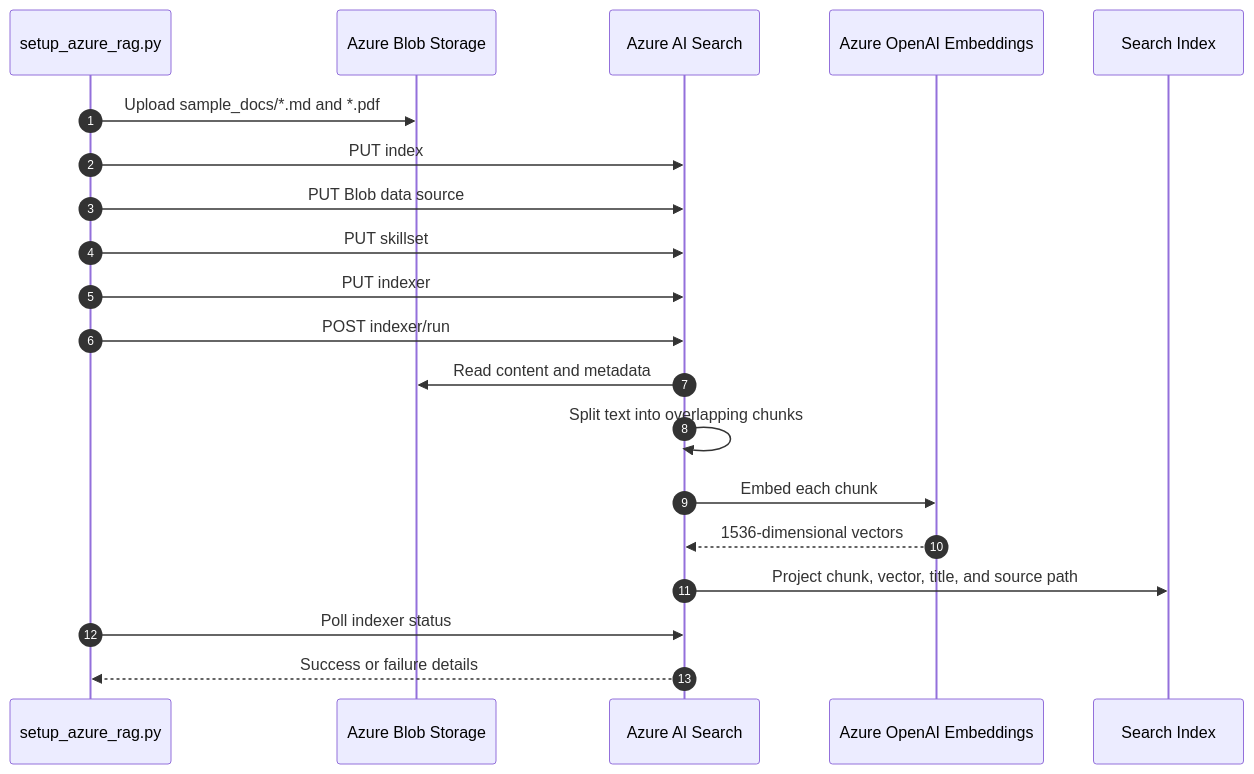
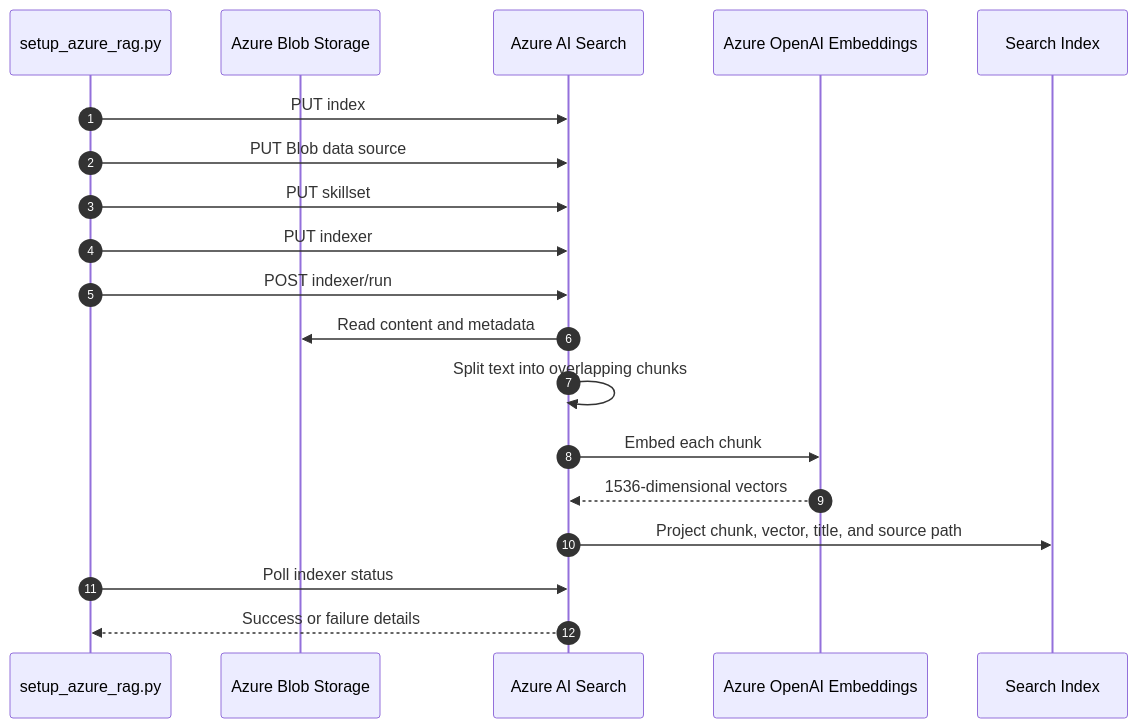
One commit to KostasCherv/azure-rag-system changed the second of 3 diagrams in docs/architecture.md. Above: the diagram before and after it, drawn with Mermaid. The commit also changed other lines of this file and 9 other files, not shown here.

````diff
--- a/docs/architecture.md
+++ b/docs/architecture.md
@@ -42,23 +42,22 @@
 ```mermaid
 sequenceDiagram
     autonumber
     participant Setup as setup_azure_rag.py
     participant Blob as Azure Blob Storage
     participant Search as Azure AI Search
     participant Embed as Azure OpenAI Embeddings
     participant Index as Search Index
 
-    Setup->>Blob: Upload sample_docs/*.md and *.pdf
     Setup->>Search: PUT index
     Setup->>Search: PUT Blob data source
     Setup->>Search: PUT skillset
     Setup->>Search: PUT indexer
     Setup->>Search: POST indexer/run
     Search->>Blob: Read content and metadata
     Search->>Search: Split text into overlapping chunks
     Search->>Embed: Embed each chunk
     Embed-->>Search: 1536-dimensional vectors
     Search->>Index: Project chunk, vector, title, and source path
     Setup->>Search: Poll indexer status
     Search-->>Setup: Success or failure details
 ```
````
